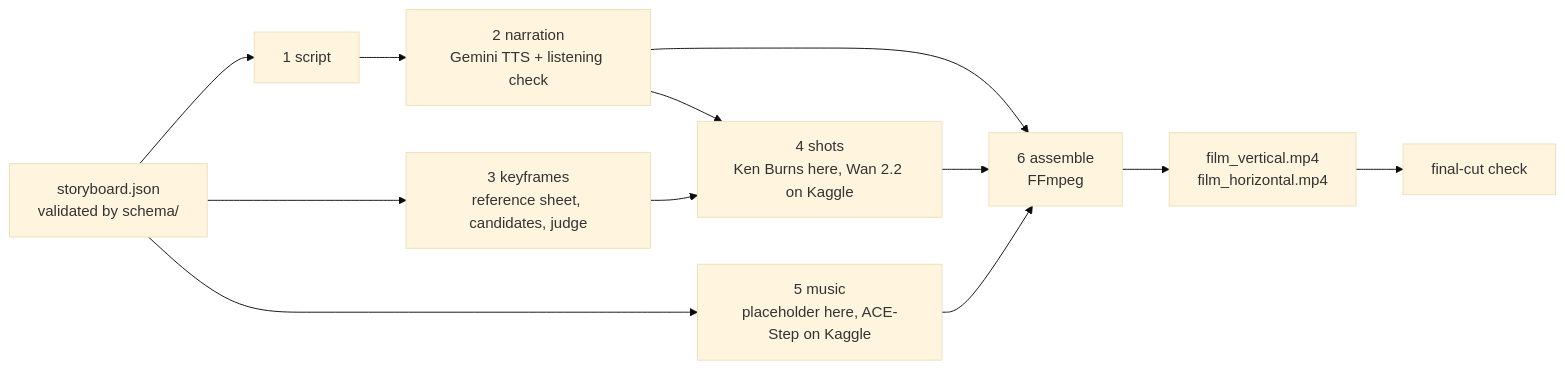
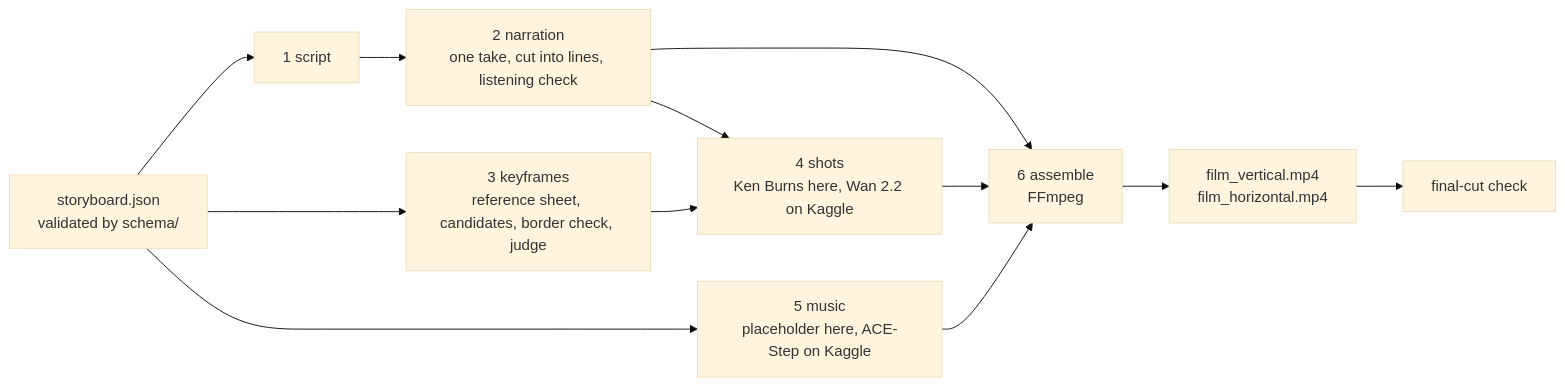
Before and after one commit to bete7512/one-bag: the diagram in ARCHITECTURE.md, drawn with Mermaid (base theme). The commit also changed other lines of this file and 4 other files, not shown here.

````diff
--- a/ARCHITECTURE.md
+++ b/ARCHITECTURE.md
@@ -5,14 +5,14 @@
 ```mermaid
 flowchart LR
     SB[storyboard.json<br/>validated by schema/] --> S1[1 script]
-    S1 --> S2[2 narration<br/>Gemini TTS + listening check]
-    SB --> S3[3 keyframes<br/>reference sheet, candidates, judge]
+    S1 --> S2[2 narration<br/>one take, cut into lines, listening check]
+    SB --> S3[3 keyframes<br/>reference sheet, candidates, border check, judge]
     S2 --> S4[4 shots<br/>Ken Burns here, Wan 2.2 on Kaggle]
     S3 --> S4
     SB --> S5[5 music<br/>placeholder here, ACE-Step on Kaggle]
     S2 --> S6[6 assemble<br/>FFmpeg]
     S4 --> S6
     S5 --> S6
     S6 --> F[film_vertical.mp4<br/>film_horizontal.mp4]
     F --> QC[final-cut check]
 ```
````
